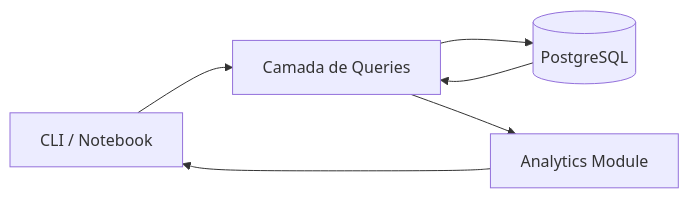
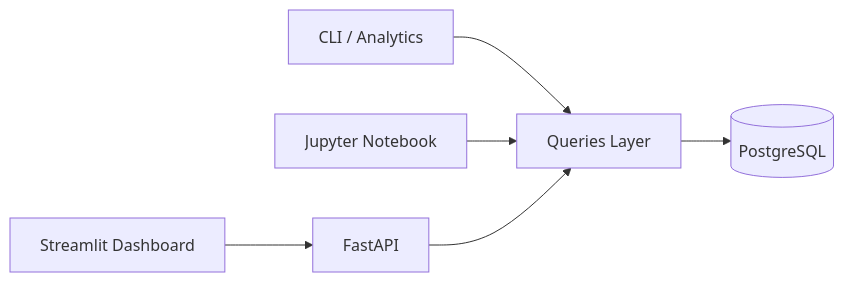
Before and after one commit to faria-lucas/student-performance-analytics: the diagram in README.md, drawn with Mermaid. The commit also changed other lines of this file, not shown here.

Commit message:
docs(readme): add fastapi and streamlit to tech stack

````diff
--- a/README.md
+++ b/README.md
@@ -33,8 +35,8 @@
 ```mermaid
 flowchart LR
-    A[CLI / Notebook] --> B[Camada de Queries]
-    B --> C[(PostgreSQL)]
-    C --> B
-    B --> D[Analytics Module]
-    D --> A
+    UI[Streamlit Dashboard] --> API[FastAPI]
+    CLI[CLI / Analytics] --> Q[Queries Layer]
+    NB[Jupyter Notebook] --> Q
+    API --> Q
+    Q --> DB[(PostgreSQL)]
 ```
````
